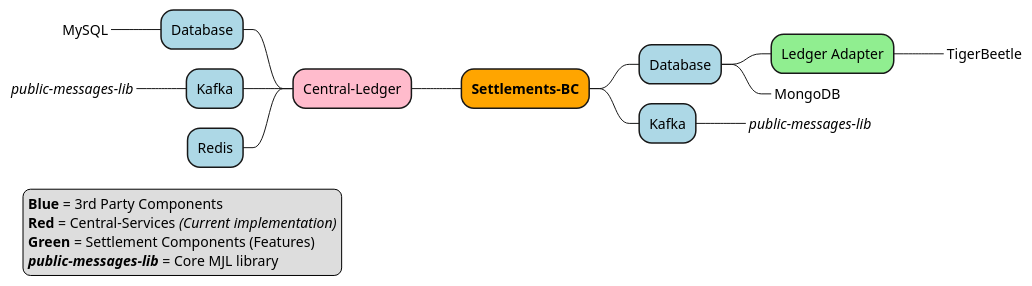
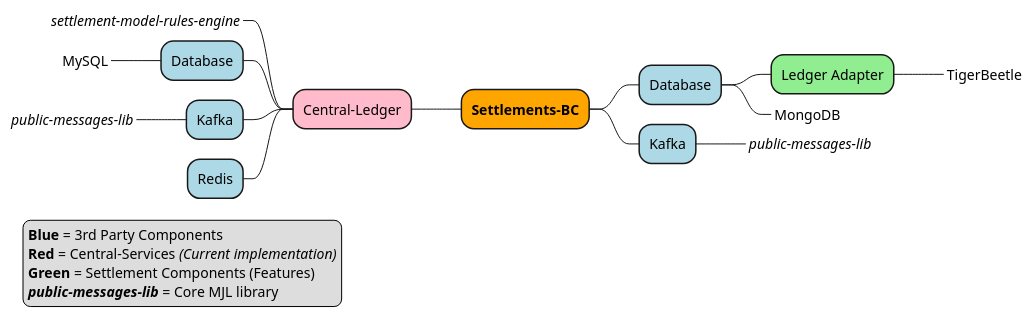
One commit to mojaloop/settlements-bc changed the diagram in docs/flows/30-settlement-architecture-cl.puml. Above: the diagram before and after it, drawn with PlantUML. The commit also changed 1 other file, not shown here.

Commit message:
Update context diagrams.

```diff
--- a/docs/flows/30-settlement-architecture-cl.puml
+++ b/docs/flows/30-settlement-architecture-cl.puml
@@ -1,23 +1,24 @@
 @startmindmap
 +[#Orange] **Settlements-BC**
 ++[#Lightblue] Database
 +++[#LightGreen] Ledger Adapter
 ****_ TigerBeetle
 +++_ MongoDB
 ++[#Lightblue] Kafka
 +++_ //public-messages-lib//
 --[#FFBBCC] Central-Ledger
+---_ //settlement-model-rules-engine//
 ---[#Lightblue] Database
 ----_ MySQL
 ---[#Lightblue] Kafka
 ----_ //public-messages-lib//
 ---[#Lightblue] Redis
 
 legend left
 **Blue** = 3rd Party Components
 **Red** = Central-Services //(Current implementation)//
 **Green** = Settlement Components (Features)
 **//public-messages-lib//** = Core MJL library
 endlegend
 
 @endmindmap
```
